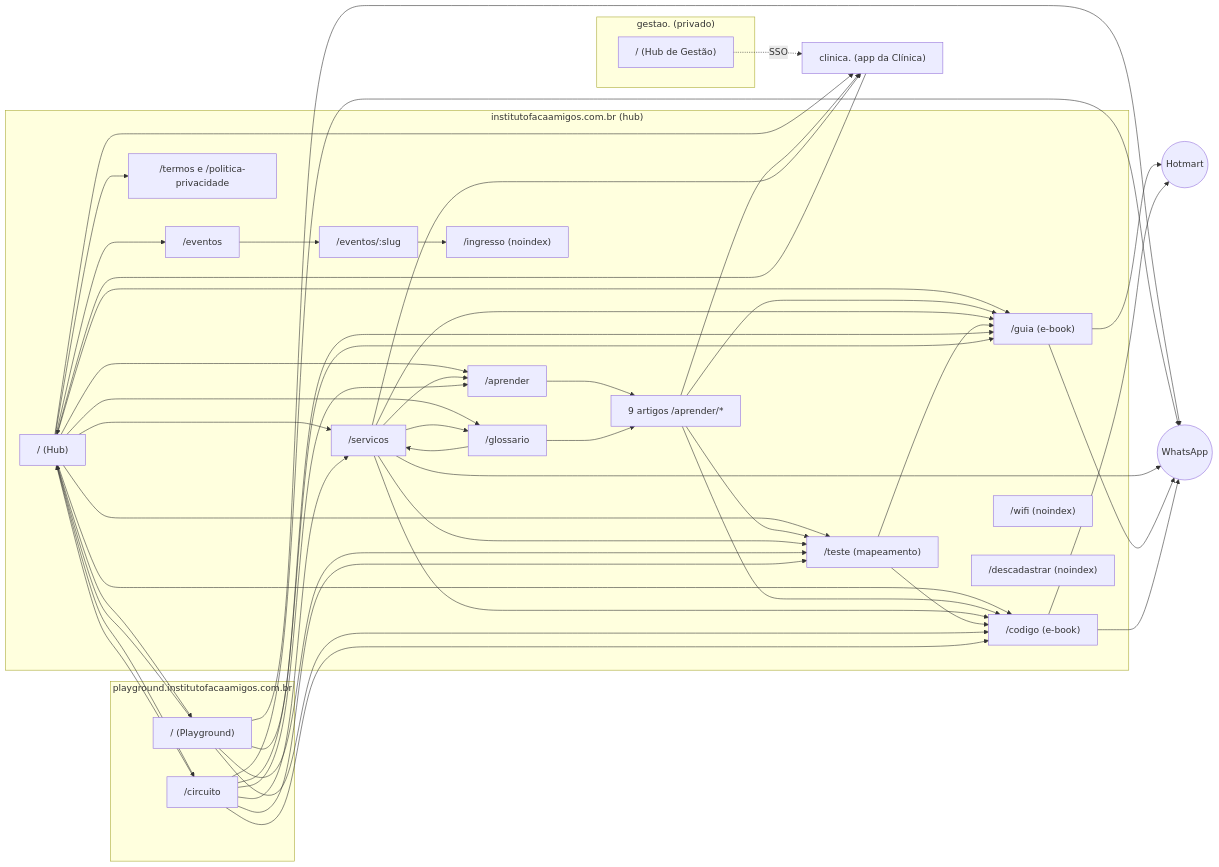
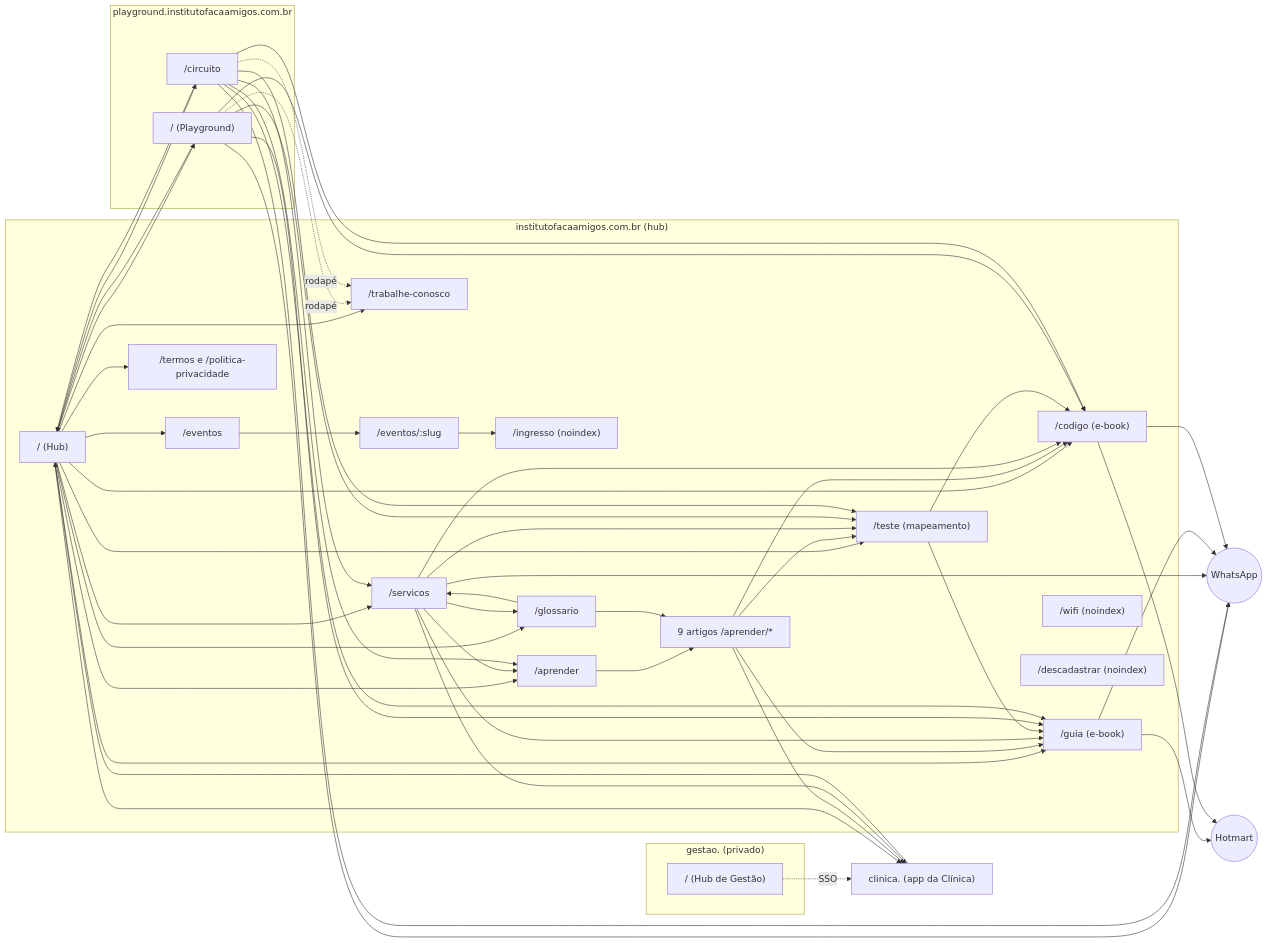
Before and after one commit to brunofreitasbm-web/langing_page_faca_amigos: the diagram in MAPA-DO-SITE.md, drawn with Mermaid. The commit also changed other lines of this file and 9 other files, not shown here.

First line of the commit message:
vagas: página própria /trabalhe-conosco no lugar do modal

````diff
--- a/MAPA-DO-SITE.md
+++ b/MAPA-DO-SITE.md
@@ -21,47 +21,49 @@
 ```mermaid
 flowchart LR
   subgraph HUB["institutofacaamigos.com.br (hub)"]
     H["/ (Hub)"]
     S["/servicos"]
     A["/aprender"]
     AR["9 artigos /aprender/*"]
     G["/glossario"]
     T["/teste (mapeamento)"]
     GU["/guia (e-book)"]
     CO["/codigo (e-book)"]
     EV["/eventos"]
     E1["/eventos/:slug"]
     IN["/ingresso (noindex)"]
     W["/wifi (noindex)"]
     L["/termos e /politica-privacidade"]
     DC["/descadastrar (noindex)"]
+    TC["/trabalhe-conosco"]
   end
   subgraph PLAY["playground.institutofacaamigos.com.br"]
     P["/ (Playground)"]
     C["/circuito"]
   end
   subgraph GESTAO["gestao. (privado)"]
     GE["/ (Hub de Gestão)"]
   end
   CL["clinica. (app da Clínica)"]
   WA(("WhatsApp"))
   HM(("Hotmart"))
 
-  H --> S & A & G & T & GU & CO & EV & L
+  H --> S & A & G & T & GU & CO & EV & L & TC
   H --> P & C
   H --> CL
   A --> AR
   AR --> T & GU & CO & CL
   S --> T & GU & CO & CL & A & G
   G --> S & AR
   EV --> E1
   E1 --> IN
   T --> GU & CO
   GU --> HM
   CO --> HM
   P --> GU & CO & T & H
   C --> GU & CO & T & H & S & A
   CL --> H
+  P & C -. rodapé .-> TC
   GE -. SSO .-> CL
   P & C & S & GU & CO --> WA
 ```
````
